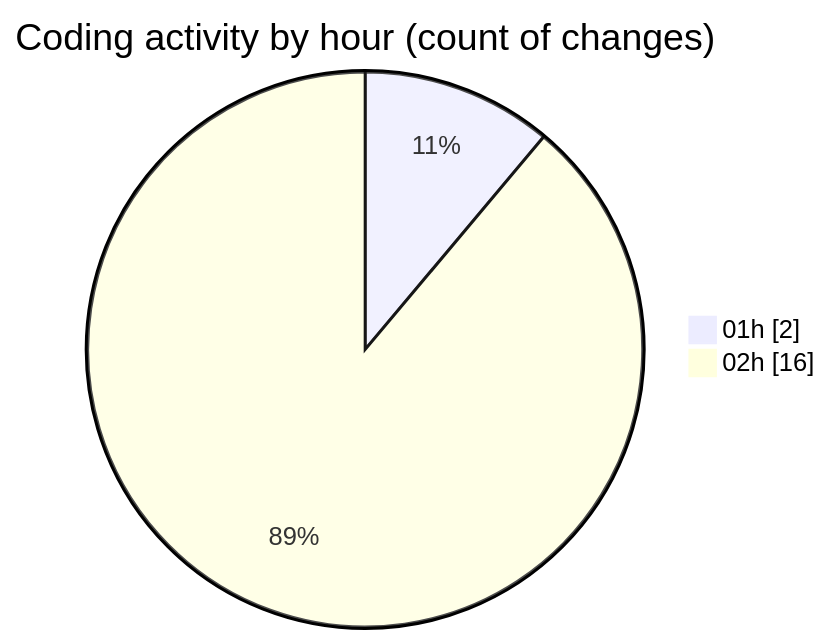
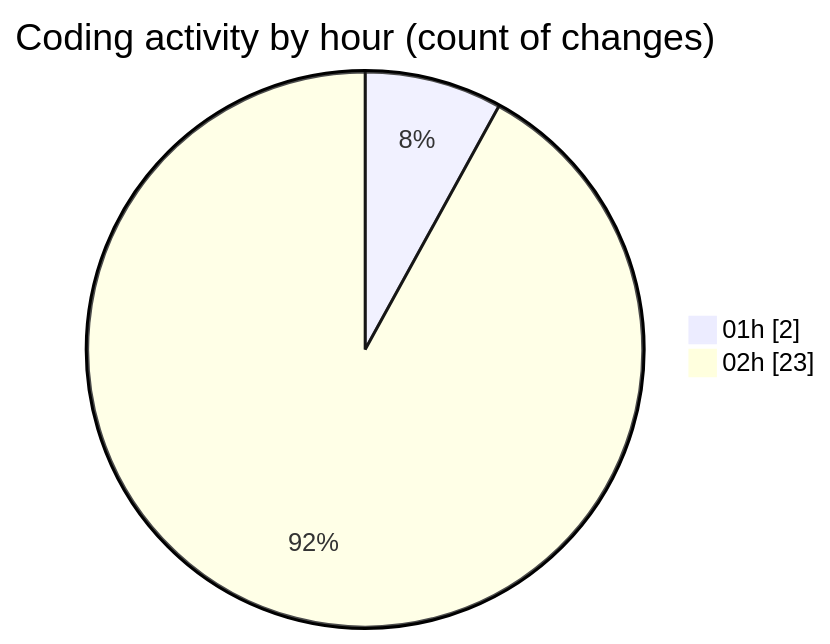
The second of 2 diagrams in 2025-10-01/open-health/README.md (mevix1/code-tracking), drawn with Mermaid before and after one commit. The commit also changed other lines of this file and 1 other file, not shown here.

````diff
--- a/2025-10-01/open-health/README.md
+++ b/2025-10-01/open-health/README.md
@@ -41,6 +41,6 @@
 ```mermaid
 pie showData
 title Coding activity by hour (count of changes)
 "01h" : 2
-"02h" : 16
+"02h" : 23
 ```
````
